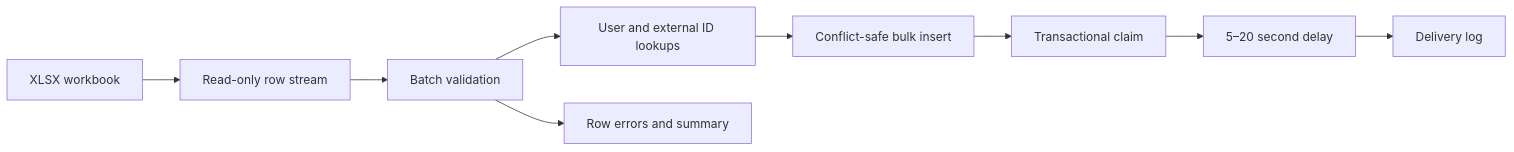
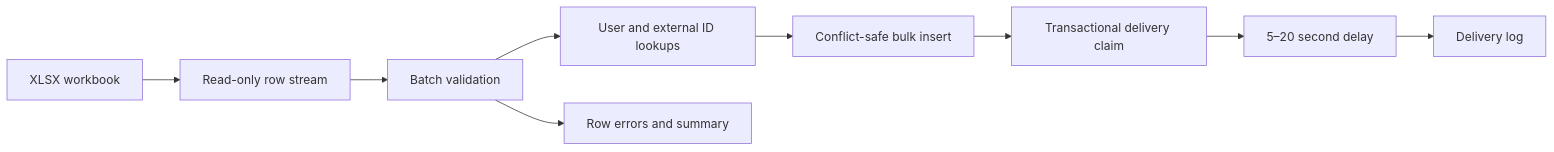
Before and after one commit to IgorNadein/django-xlsx-mail-import: the diagram in README.md, drawn with Mermaid. The commit also changed other lines of this file and 2 other files, not shown here.

````diff
--- a/README.md
+++ b/README.md
@@ -34,11 +48,11 @@
 ```mermaid
 flowchart LR
     XLSX[XLSX workbook] --> STREAM[Read-only row stream]
     STREAM --> VALIDATE[Batch validation]
     VALIDATE --> LOOKUPS[User and external ID lookups]
     LOOKUPS --> INSERT[Conflict-safe bulk insert]
-    INSERT --> CLAIM[Transactional claim]
+    INSERT --> CLAIM[Transactional delivery claim]
     CLAIM --> DELAY[5–20 second delay]
     DELAY --> LOG[Delivery log]
     VALIDATE --> REPORT[Row errors and summary]
 ```
````
